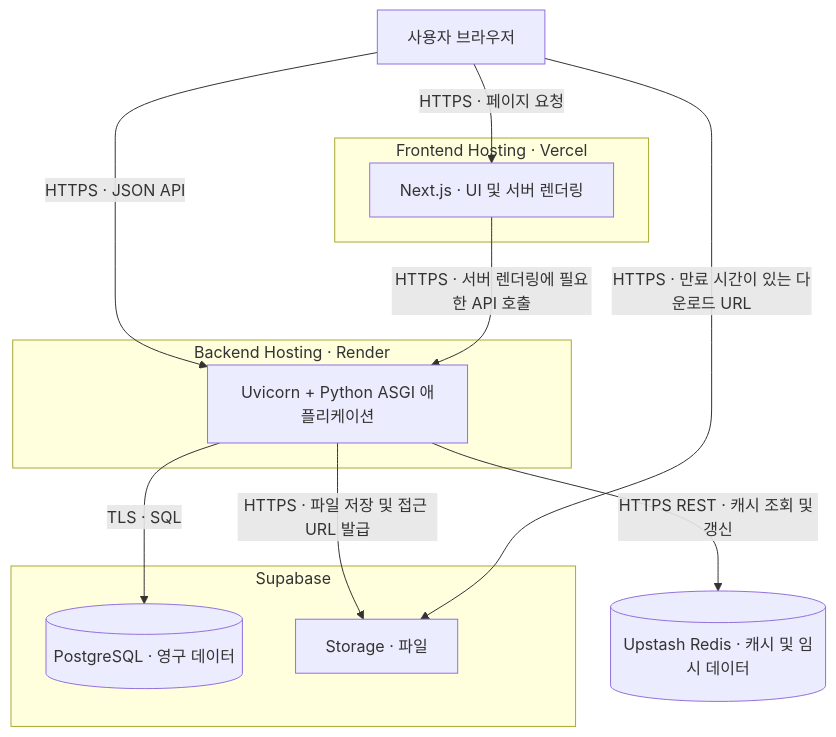
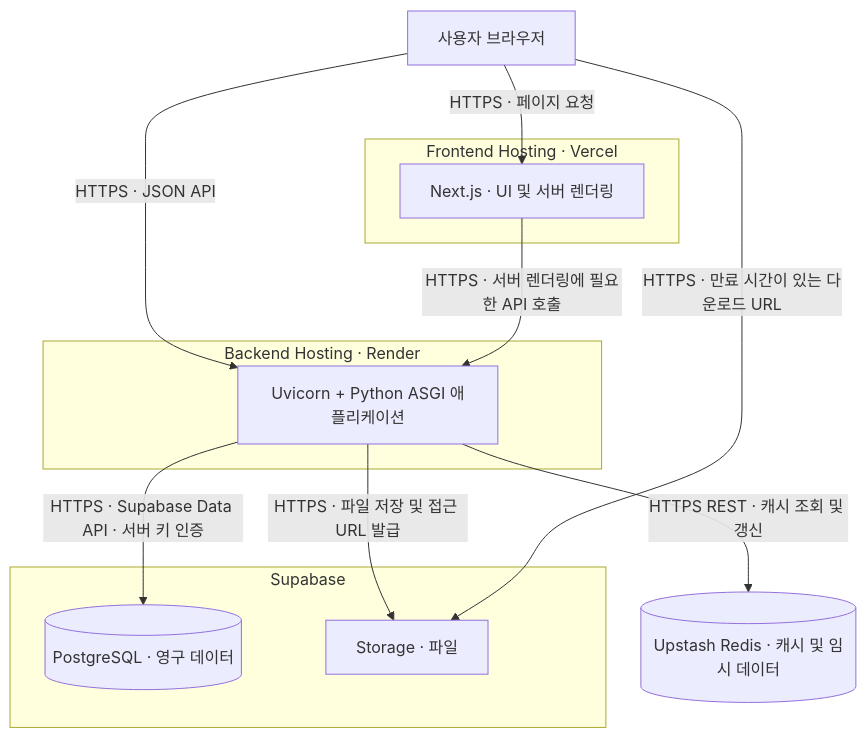
One commit to gomin-diary/gomin changed the diagram in ARCHITECTURE.md. Above: the diagram before and after it, drawn with Mermaid. The commit also changed other lines of this file and 4 other files, not shown here.

````diff
--- a/ARCHITECTURE.md
+++ b/ARCHITECTURE.md
@@ -24,23 +24,23 @@
 ```mermaid
 flowchart TB
     U[사용자 브라우저]
     subgraph V[Frontend Hosting · Vercel]
         FE[Next.js · UI 및 서버 렌더링]
     end
     subgraph R[Backend Hosting · Render]
         API[Uvicorn + Python ASGI 애플리케이션]
     end
     subgraph S[Supabase]
         DB[(PostgreSQL · 영구 데이터)]
         ST[Storage · 파일]
     end
     CACHE[(Upstash Redis · 캐시 및 임시 데이터)]
 
     U -->|HTTPS · 페이지 요청| FE
     U -->|HTTPS · JSON API| API
     FE -->|HTTPS · 서버 렌더링에 필요한 API 호출| API
-    API -->|TLS · SQL| DB
+    API -->|HTTPS · Supabase Data API · 서버 키 인증| DB
     API -->|HTTPS · 파일 저장 및 접근 URL 발급| ST
     API -->|HTTPS REST · 캐시 조회 및 갱신| CACHE
     U -->|HTTPS · 만료 시간이 있는 다운로드 URL| ST
 ```
````
